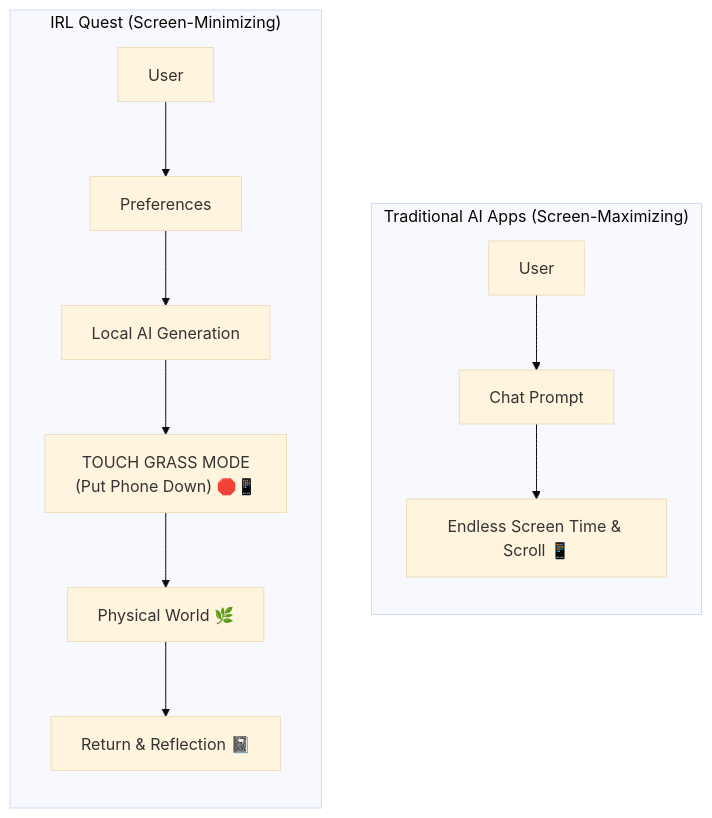
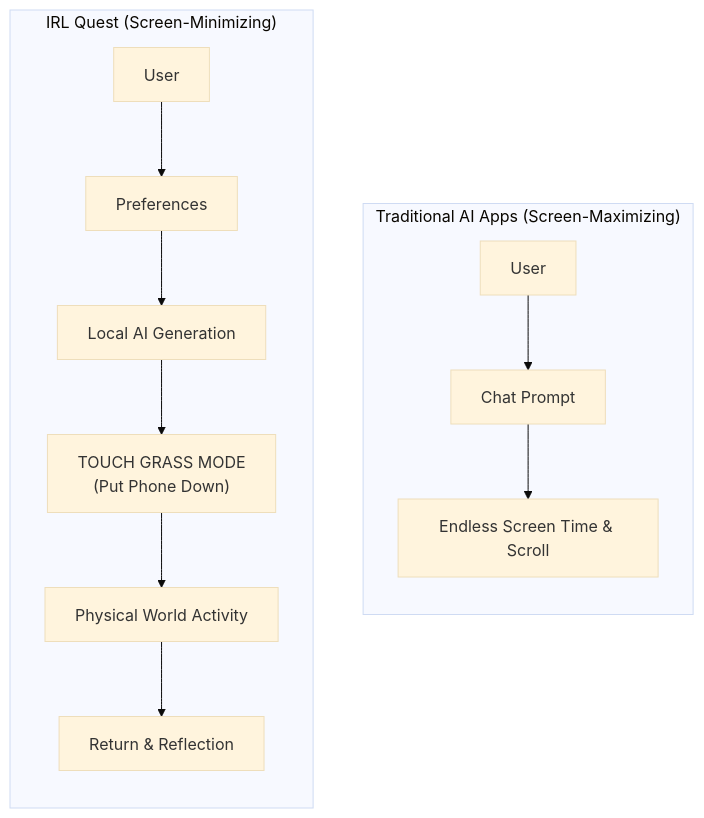
The first of 2 diagrams in README.md (Ani0811/irl-quest), drawn with Mermaid (base theme) before and after one commit. The commit also changed other lines of this file and 4 other files, not shown here.

````diff
--- a/README.md
+++ b/README.md
@@ -19,12 +20,12 @@
 ```mermaid
 flowchart TD
     subgraph Traditional["Traditional AI Apps (Screen-Maximizing)"]
         direction TB
-        T1["User"] --> T2["Chat Prompt"] --> T3["Endless Screen Time & Scroll 📱"]
+        T1["User"] --> T2["Chat Prompt"] --> T3["Endless Screen Time & Scroll"]
     end
 
     subgraph IRL["IRL Quest (Screen-Minimizing)"]
         direction TB
-        Q1["User"] --> Q2["Preferences"] --> Q3["Local AI Generation"] --> Q4["TOUCH GRASS MODE<br/>(Put Phone Down) 🛑📱"] --> Q5["Physical World 🌿"] --> Q6["Return & Reflection 📓"]
+        Q1["User"] --> Q2["Preferences"] --> Q3["Local AI Generation"] --> Q4["TOUCH GRASS MODE<br/>(Put Phone Down)"] --> Q5["Physical World Activity"] --> Q6["Return & Reflection"]
     end
 ```
````
